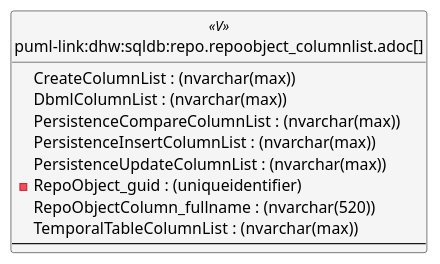
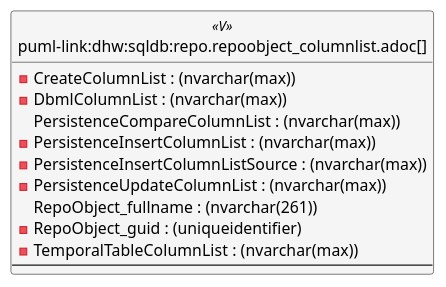
The first of 6 diagrams in docs/modules/sqldb/partials/content/repo.repoobject_columnlist.adoc (DataHandwerk/dhw-antora-sqldb), drawn with PlantUML before and after one commit. The commit also changed other lines of this file and 751 other files, not shown here.

```diff
--- a/docs/modules/sqldb/partials/content/repo.repoobject_columnlist.adoc
+++ b/docs/modules/sqldb/partials/content/repo.repoobject_columnlist.adoc
@@ -621,41 +650,42 @@
 [plantuml, entity-{docname}, svg, subs=macros]
 ....
 'Left to right direction
 top to bottom direction
 hide circle
 'avoide "." issues:
 set namespaceSeparator none
 
 
 skinparam class {
   BackgroundColor White
   BackgroundColor<<FN>> Yellow
   BackgroundColor<<FS>> Yellow
   BackgroundColor<<FT>> LightGray
   BackgroundColor<<IF>> Yellow
   BackgroundColor<<IS>> Yellow
   BackgroundColor<<P>>  Aqua
   BackgroundColor<<PC>> Aqua
   BackgroundColor<<SN>> Yellow
   BackgroundColor<<SO>> SlateBlue
   BackgroundColor<<TF>> LightGray
   BackgroundColor<<TR>> Tomato
   BackgroundColor<<U>>  White
   BackgroundColor<<V>>  WhiteSmoke
   BackgroundColor<<X>>  Aqua
   BackgroundColor<<external>> AliceBlue
 }
 
 
 entity "puml-link:dhw:sqldb:repo.repoobject_columnlist.adoc[]" as repo.RepoObject_ColumnList << V >> {
-  CreateColumnList : (nvarchar(max))
-  DbmlColumnList : (nvarchar(max))
+  - CreateColumnList : (nvarchar(max))
+  - DbmlColumnList : (nvarchar(max))
   PersistenceCompareColumnList : (nvarchar(max))
-  PersistenceInsertColumnList : (nvarchar(max))
-  PersistenceUpdateColumnList : (nvarchar(max))
+  - PersistenceInsertColumnList : (nvarchar(max))
+  - PersistenceInsertColumnListSource : (nvarchar(max))
+  - PersistenceUpdateColumnList : (nvarchar(max))
+  RepoObject_fullname : (nvarchar(261))
   - RepoObject_guid : (uniqueidentifier)
-  RepoObjectColumn_fullname : (nvarchar(520))
-  TemporalTableColumnList : (nvarchar(max))
+  - TemporalTableColumnList : (nvarchar(max))
   --
 }
 ....
```
